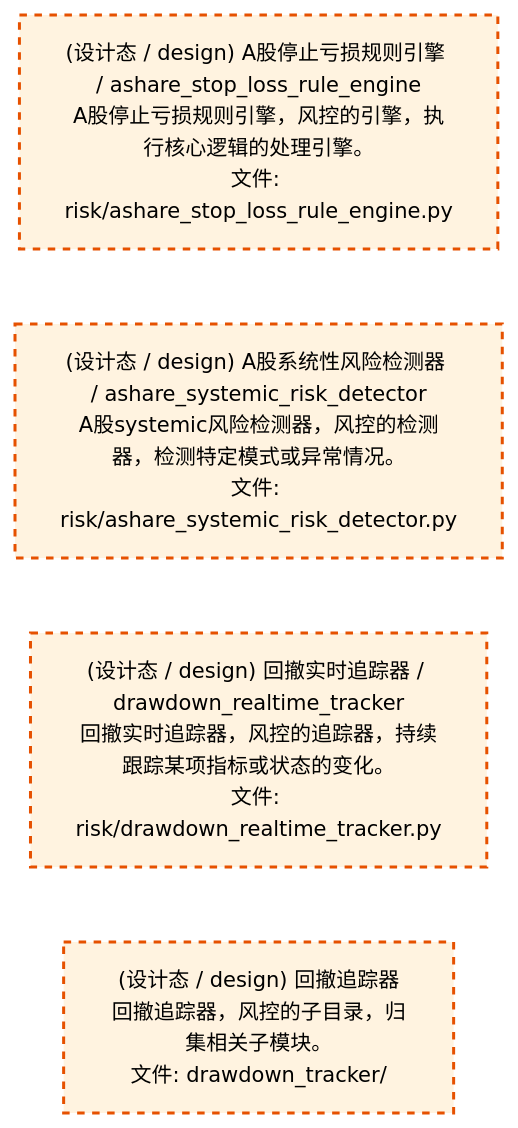
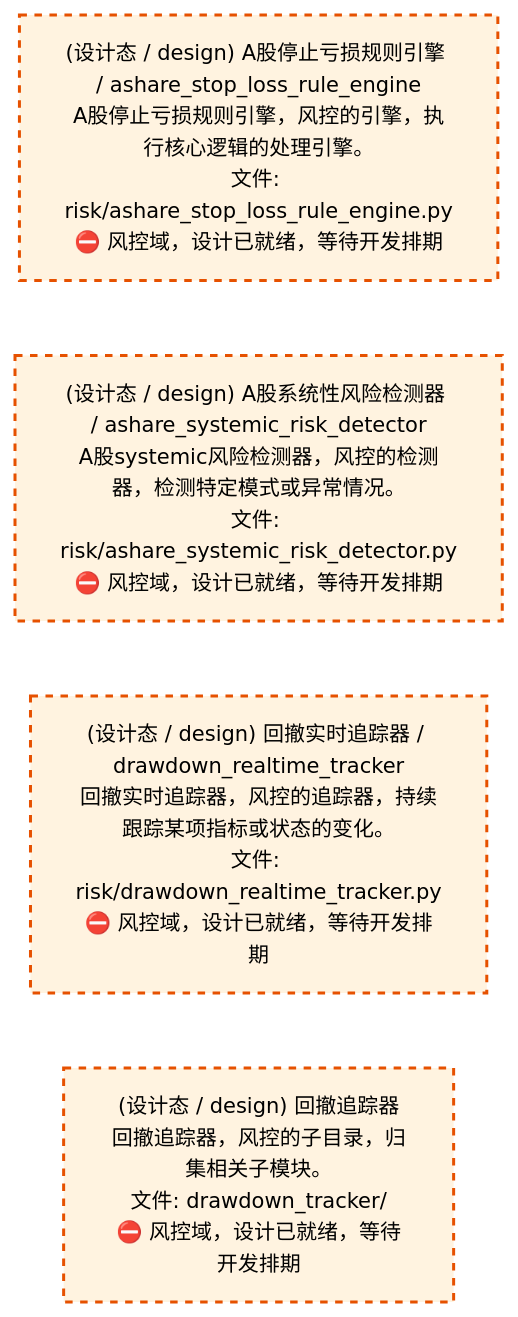
Before and after one commit to xuanFelixVan/ZephyrAlpha: the third of 4 diagrams in docs/02_enterprise_architecture/02_domain_architecture_docs/65_d_risk.md, drawn with Mermaid. The commit also changed other lines of this file and 50 other files, not shown here.

````diff
--- a/docs/02_enterprise_architecture/02_domain_architecture_docs/65_d_risk.md
+++ b/docs/02_enterprise_architecture/02_domain_architecture_docs/65_d_risk.md
@@ -181,16 +181,16 @@
 ```mermaid
 %%{init: {'theme': 'base', 'themeVariables': {'primaryColor': '#eaeaea', 'primaryTextColor': '#333333', 'primaryBorderColor': '#666666', 'lineColor': '#666666', 'secondaryColor': '#eaeaea', 'tertiaryColor': '#eaeaea', 'fontSize': '14px'}}}%%
 flowchart TD
-    src_zephyr_risk_ashare_stop_loss_rule_engine_py["(设计态 / design) A股停止亏损规则引擎 / ashare_stop_loss_rule_engine<br/>A股停止亏损规则引擎，风控的引擎，执行核心逻辑的处理引擎。<br/>文件: risk/ashare_stop_loss_rule_engine.py"]
-    src_zephyr_risk_ashare_systemic_risk_detector_py["(设计态 / design) A股系统性风险检测器 / ashare_systemic_risk_detector<br/>A股systemic风险检测器，风控的检测器，检测特定模式或异常情况。<br/>文件: risk/ashare_systemic_risk_detector.py"]
-    src_zephyr_risk_drawdown_realtime_tracker_py["(设计态 / design) 回撤实时追踪器 / drawdown_realtime_tracker<br/>回撤实时追踪器，风控的追踪器，持续跟踪某项指标或状态的变化。<br/>文件: risk/drawdown_realtime_tracker.py"]
-    src_zephyr_risk_drawdown_tracker["(设计态 / design) 回撤追踪器<br/>回撤追踪器，风控的子目录，归集相关子模块。<br/>文件: drawdown_tracker/"]
+    src_zephyr_risk_ashare_stop_loss_rule_engine_py["(设计态 / design) A股停止亏损规则引擎 / ashare_stop_loss_rule_engine<br/>A股停止亏损规则引擎，风控的引擎，执行核心逻辑的处理引擎。<br/>文件: risk/ashare_stop_loss_rule_engine.py<br/>⛔ 风控域，设计已就绪，等待开发排期"]
+    src_zephyr_risk_ashare_systemic_risk_detector_py["(设计态 / design) A股系统性风险检测器 / ashare_systemic_risk_detector<br/>A股systemic风险检测器，风控的检测器，检测特定模式或异常情况。<br/>文件: risk/ashare_systemic_risk_detector.py<br/>⛔ 风控域，设计已就绪，等待开发排期"]
+    src_zephyr_risk_drawdown_realtime_tracker_py["(设计态 / design) 回撤实时追踪器 / drawdown_realtime_tracker<br/>回撤实时追踪器，风控的追踪器，持续跟踪某项指标或状态的变化。<br/>文件: risk/drawdown_realtime_tracker.py<br/>⛔ 风控域，设计已就绪，等待开发排期"]
+    src_zephyr_risk_drawdown_tracker["(设计态 / design) 回撤追踪器<br/>回撤追踪器，风控的子目录，归集相关子模块。<br/>文件: drawdown_tracker/<br/>⛔ 风控域，设计已就绪，等待开发排期"]
     src_zephyr_risk_ashare_stop_loss_rule_engine_py ~~~ src_zephyr_risk_ashare_systemic_risk_detector_py
     src_zephyr_risk_ashare_systemic_risk_detector_py ~~~ src_zephyr_risk_drawdown_realtime_tracker_py
     src_zephyr_risk_drawdown_realtime_tracker_py ~~~ src_zephyr_risk_drawdown_tracker
     classDef production fill:#e1f5fe,stroke:#01579b,stroke-width:2px,color:#000
     classDef design fill:#fff3e0,stroke:#e65100,stroke-width:2px,color:#000,stroke-dasharray: 5 5
     classDef external_prod fill:#e8f4fd,stroke:#0277bd,stroke-width:1px,color:#000
     classDef external_design fill:#fff8e7,stroke:#ef6c00,stroke-width:1px,color:#000,stroke-dasharray: 5 5
     class src_zephyr_risk_ashare_stop_loss_rule_engine_py,src_zephyr_risk_ashare_systemic_risk_detector_py,src_zephyr_risk_drawdown_realtime_tracker_py,src_zephyr_risk_drawdown_tracker design
 ```
````
